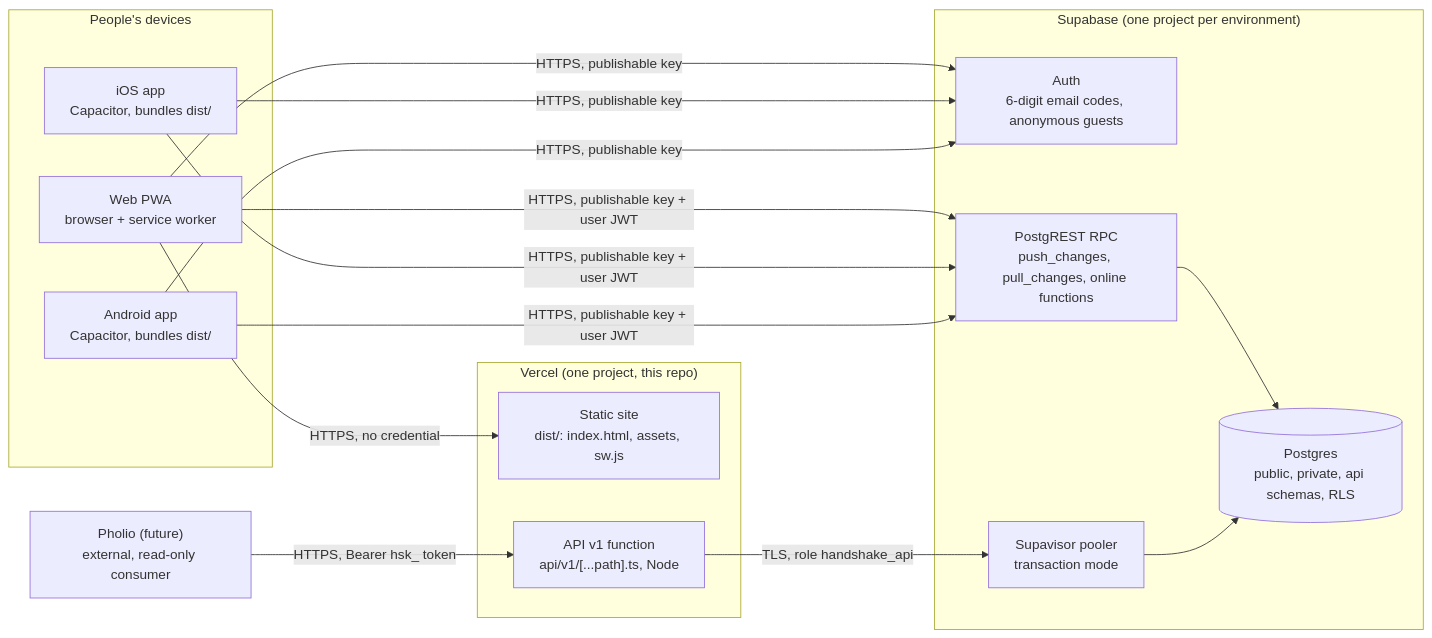
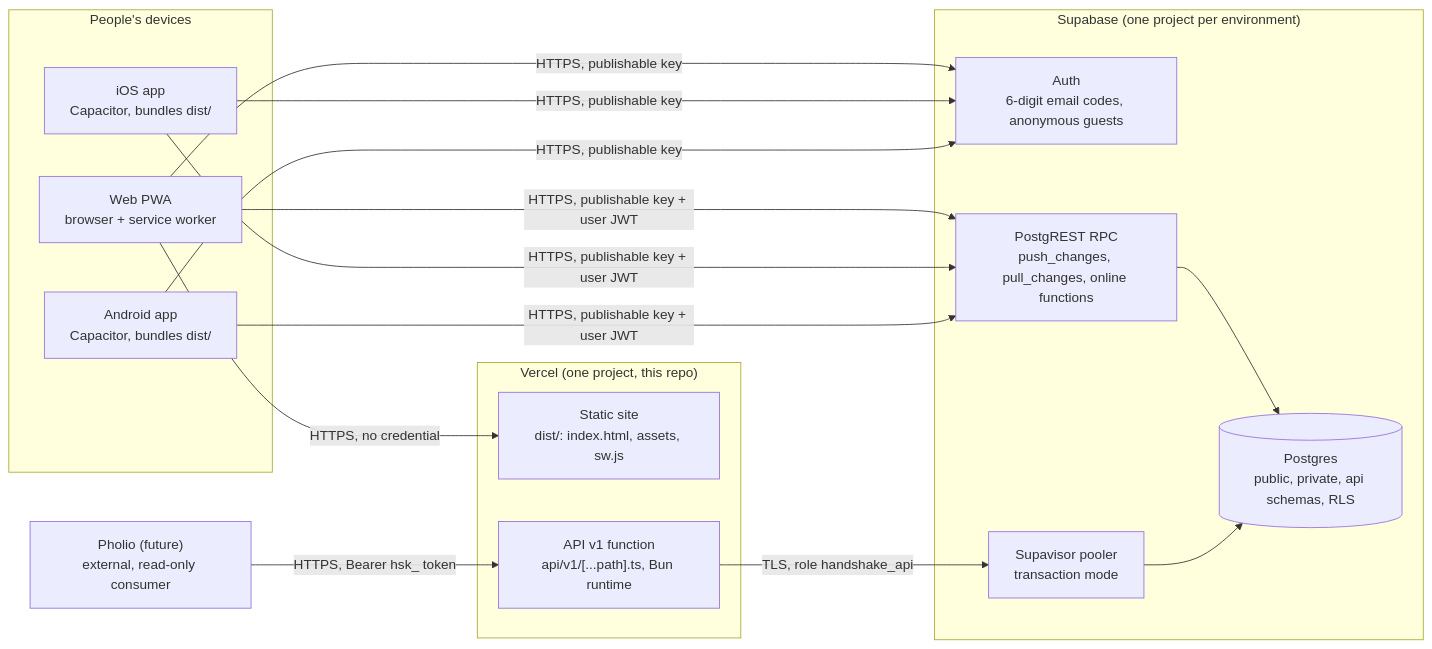
The first of 5 diagrams in docs/architecture.md (alfredmjz/handshake), drawn with Mermaid before and after one commit. The commit also changed other lines of this file and 5 other files, not shown here.

First line of the commit message:
Run everything on Bun; pin Node to 26 LTS only where a host needs it

````diff
--- a/docs/architecture.md
+++ b/docs/architecture.md
@@ -29,26 +29,26 @@
 ```mermaid
 flowchart LR
 	subgraph devices["People's devices"]
 		PWA["Web PWA<br/>browser + service worker"]
 		IOS["iOS app<br/>Capacitor, bundles dist/"]
 		AND["Android app<br/>Capacitor, bundles dist/"]
 	end
 	subgraph vercel["Vercel (one project, this repo)"]
 		STATIC["Static site<br/>dist/: index.html, assets, sw.js"]
-		API["API v1 function<br/>api/v1/[...path].ts, Node"]
+		API["API v1 function<br/>api/v1/[...path].ts, Bun runtime"]
 	end
 	subgraph supabase["Supabase (one project per environment)"]
 		AUTH["Auth<br/>6-digit email codes, anonymous guests"]
 		REST["PostgREST RPC<br/>push_changes, pull_changes, online functions"]
 		POOL["Supavisor pooler<br/>transaction mode"]
 		PG[("Postgres<br/>public, private, api schemas, RLS")]
 	end
 	PHOLIO["Pholio (future)<br/>external, read-only consumer"]
 
 	PWA -- "HTTPS, no credential" --> STATIC
 	PWA & IOS & AND -- "HTTPS, publishable key" --> AUTH
 	PWA & IOS & AND -- "HTTPS, publishable key + user JWT" --> REST
 	REST --> PG
 	PHOLIO -- "HTTPS, Bearer hsk_ token" --> API
 	API -- "TLS, role handshake_api" --> POOL --> PG
 ```
````
